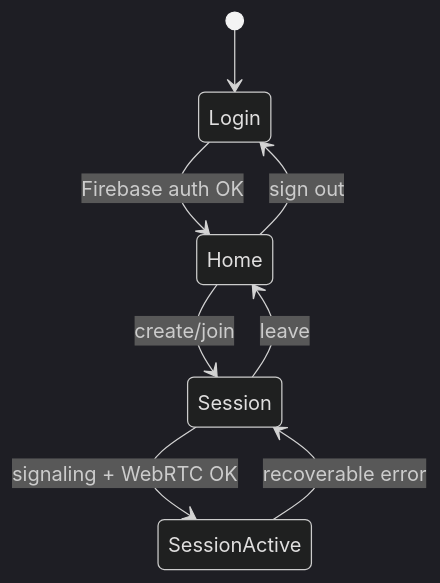
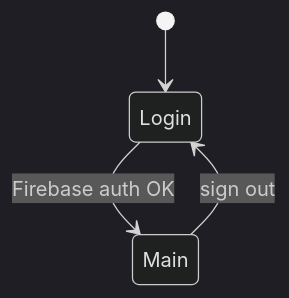
Before and after one commit to nblaisot/voxcrew: the fourth of 4 diagrams in docs/architecture.md, drawn with Mermaid (dark theme). The commit also changed other lines of this file and 60 other files, not shown here.

First line of the commit message:
Remove dead WebRTC stack and keep lanlink cloud fallback.

````diff
--- a/docs/architecture.md
+++ b/docs/architecture.md
@@ -81,10 +97,6 @@
 ```mermaid
 stateDiagram-v2
   [*] --> Login
-  Login --> Home: Firebase auth OK
-  Home --> Session: create/join
-  Session --> SessionActive: signaling + WebRTC OK
-  SessionActive --> Session: recoverable error
-  Session --> Home: leave
-  Home --> Login: sign out
+  Login --> Main: Firebase auth OK
+  Main --> Login: sign out
 ```
````
